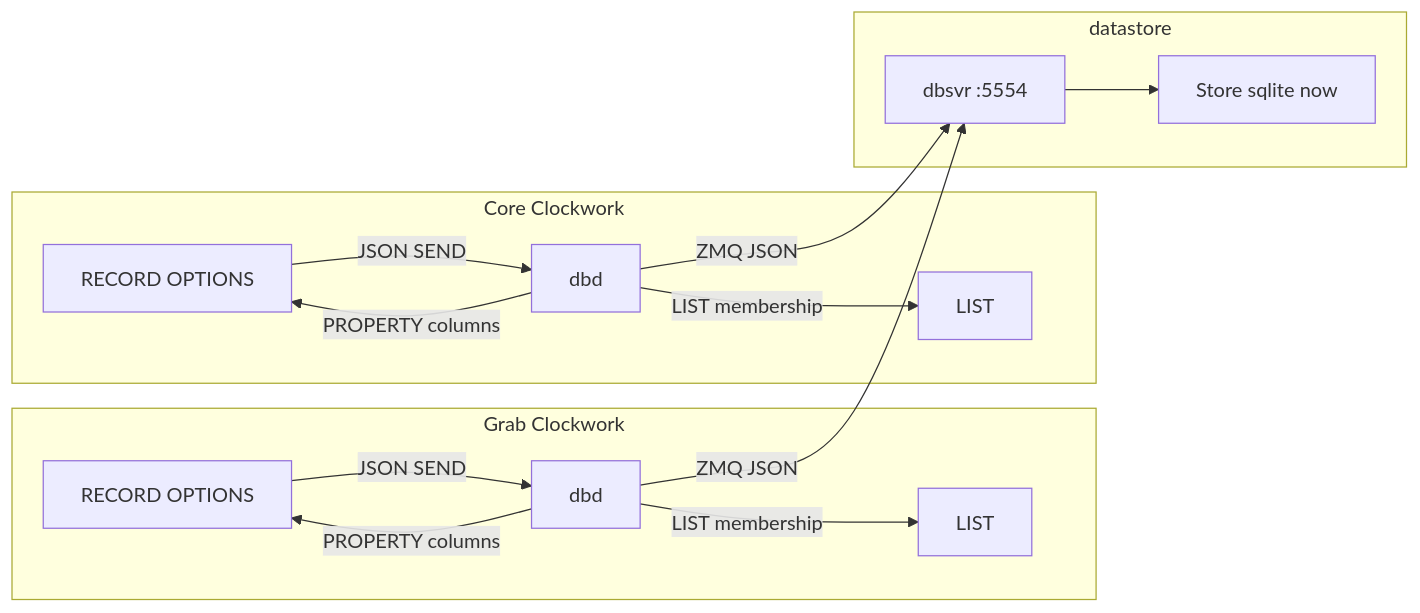
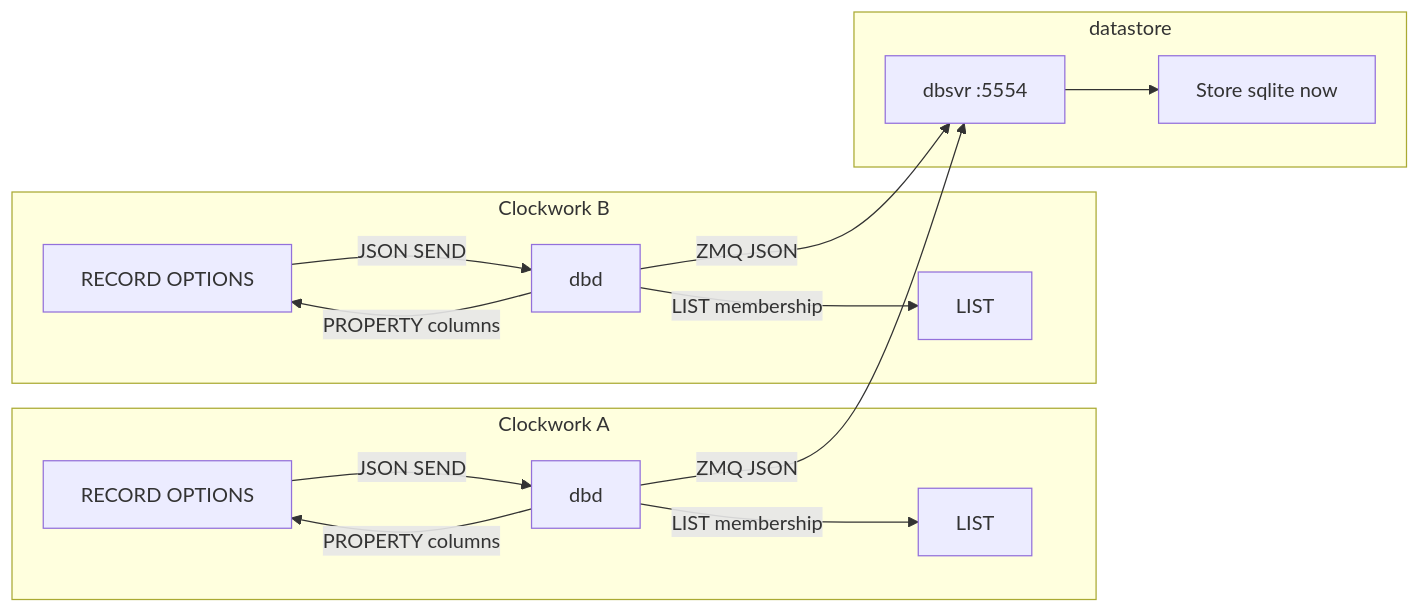
Before and after one commit to latproc/clockwork: the diagram in docs/RECORD_DB.md, drawn with Mermaid. The commit also changed other lines of this file and 1 other file, not shown here.

````diff
--- a/docs/RECORD_DB.md
+++ b/docs/RECORD_DB.md
@@ -191,26 +163,26 @@
 ```mermaid
 flowchart LR
-  subgraph grab [Grab Clockwork]
+  subgraph a [Clockwork A]
     RecG[RECORD OPTIONS]
     LstG[LIST]
     DbdG[dbd]
   end
-  subgraph core [Core Clockwork]
+  subgraph b [Clockwork B]
     RecC[RECORD OPTIONS]
     LstC[LIST]
     DbdC[dbd]
   end
   subgraph ds [datastore]
     Dbsvr[dbsvr :5554]
     Store[Store sqlite now]
   end
   RecG -->|JSON SEND| DbdG
   RecC -->|JSON SEND| DbdC
   DbdG -->|ZMQ JSON| Dbsvr
   DbdC -->|ZMQ JSON| Dbsvr
   Dbsvr --> Store
   DbdG -->|PROPERTY columns| RecG
   DbdC -->|PROPERTY columns| RecC
   DbdG -->|LIST membership| LstG
   DbdC -->|LIST membership| LstC
 ```
````
